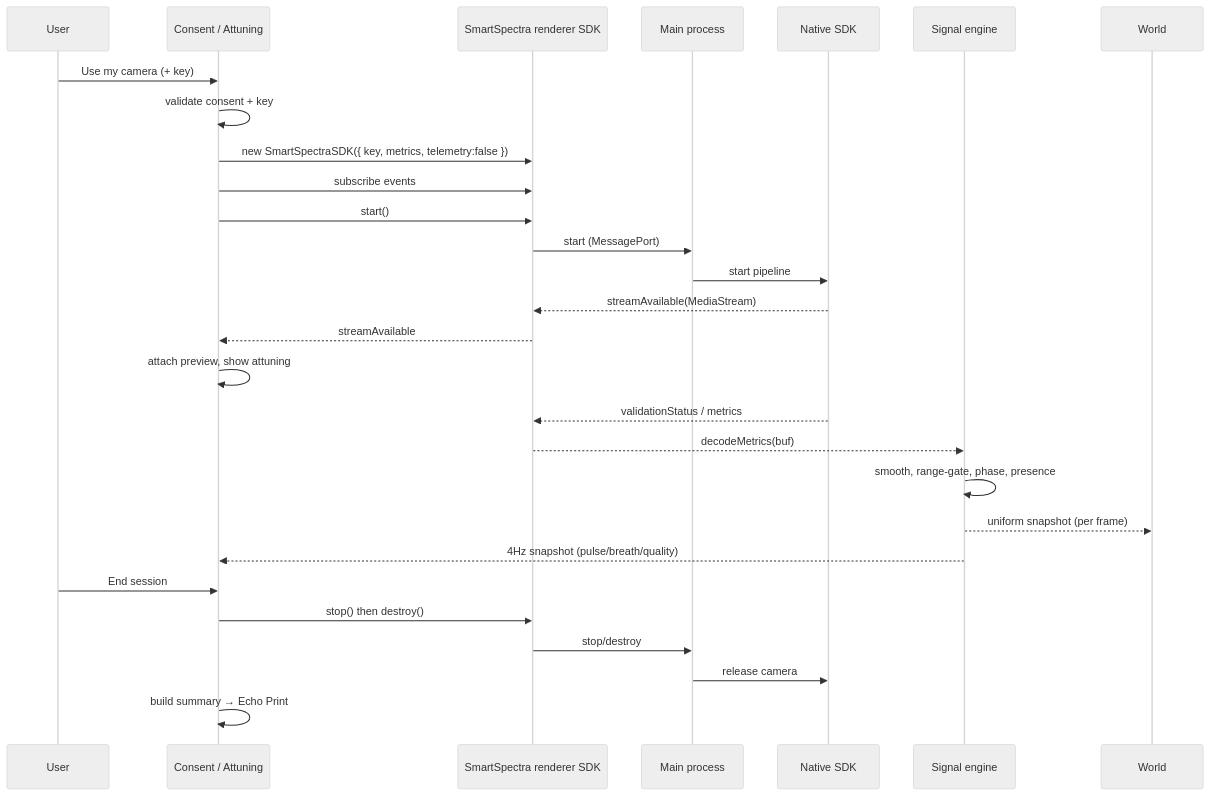
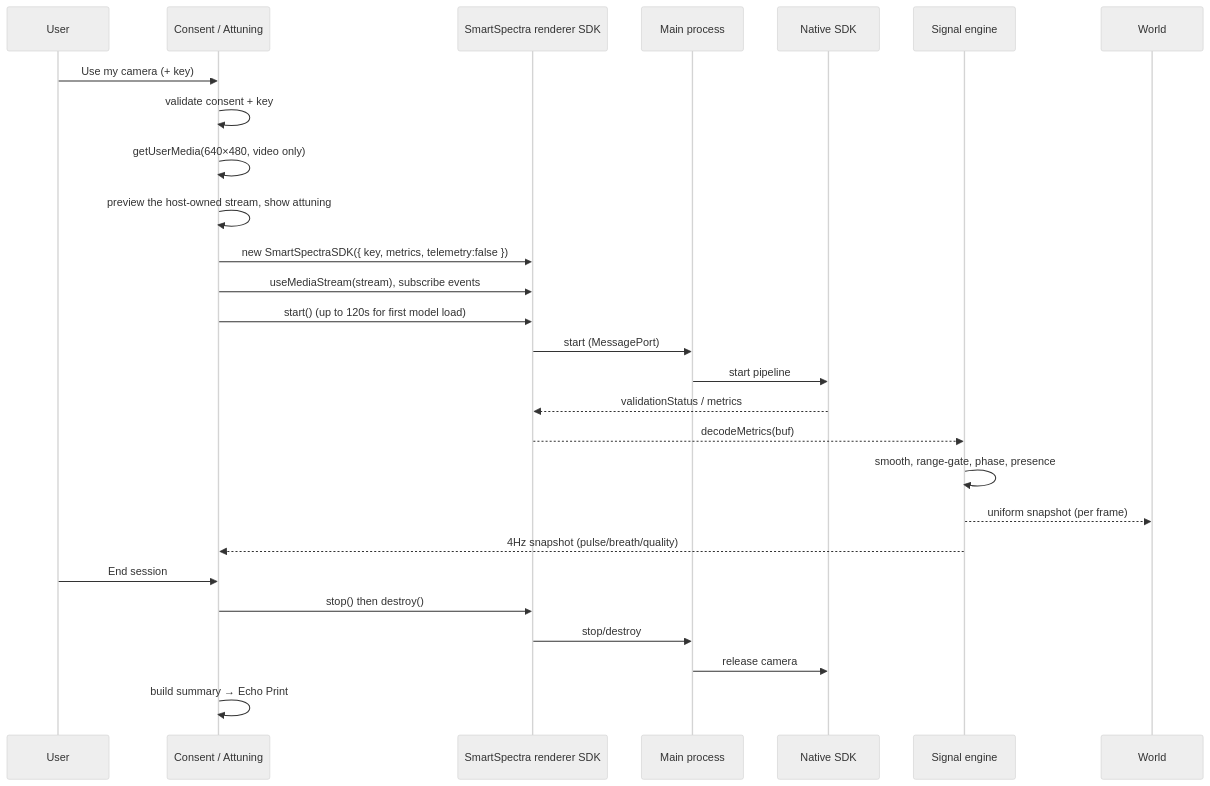
Before and after one commit to Senthil455/EchoForm: the fourth of 9 diagrams in docs/ARCHITECTURE.md, drawn with Mermaid (neutral theme). The commit also changed 3 other files, not shown here.

Commit message:
feat: update SDK integration to use explicit metric types and improve media stream handling

````diff
--- a/docs/ARCHITECTURE.md
+++ b/docs/ARCHITECTURE.md
@@ -193,31 +193,30 @@
 ```mermaid
 sequenceDiagram
     participant U as User
     participant UI as Consent / Attuning
     participant SDK as SmartSpectra renderer SDK
     participant MP as Main process
     participant NAT as Native SDK
     participant E as Signal engine
     participant W as World
 
     U->>UI: Use my camera (+ key)
     UI->>UI: validate consent + key
+    UI->>UI: getUserMedia(640×480, video only)
+    UI->>UI: preview the host-owned stream, show attuning
     UI->>SDK: new SmartSpectraSDK({ key, metrics, telemetry:false })
-    UI->>SDK: subscribe events
-    UI->>SDK: start()
+    UI->>SDK: useMediaStream(stream), subscribe events
+    UI->>SDK: start() (up to 120s for first model load)
     SDK->>MP: start (MessagePort)
     MP->>NAT: start pipeline
-    NAT-->>SDK: streamAvailable(MediaStream)
-    SDK-->>UI: streamAvailable
-    UI->>UI: attach preview, show attuning
     NAT-->>SDK: validationStatus / metrics
     SDK-->>E: decodeMetrics(buf)
     E->>E: smooth, range-gate, phase, presence
     E-->>W: uniform snapshot (per frame)
     E-->>UI: 4Hz snapshot (pulse/breath/quality)
     U->>UI: End session
     UI->>SDK: stop() then destroy()
     SDK->>MP: stop/destroy
     MP->>NAT: release camera
     UI->>UI: build summary → Echo Print
 ```
````
